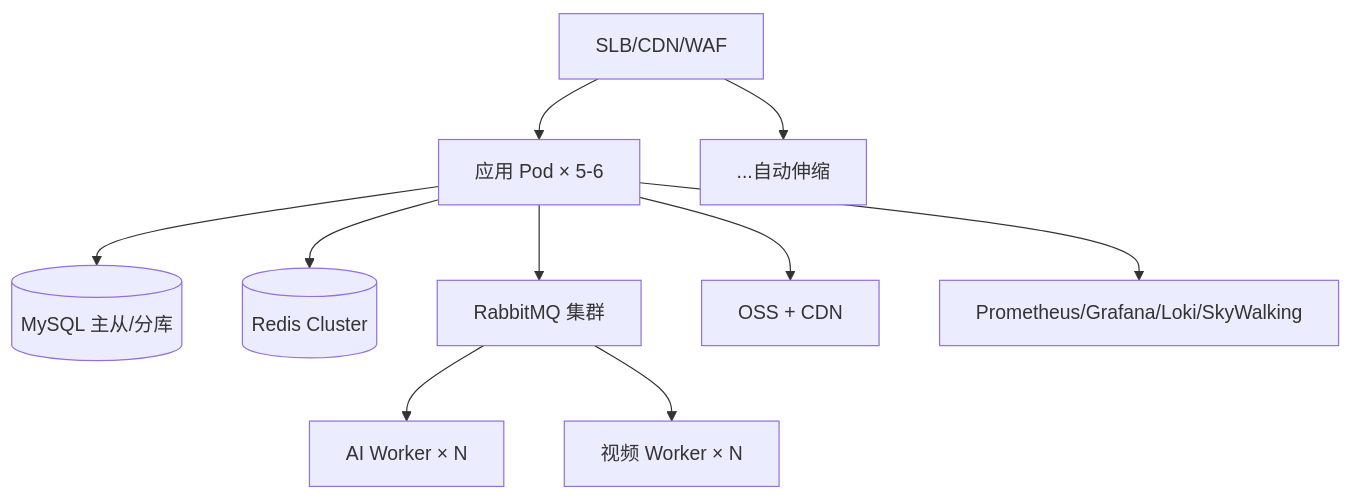
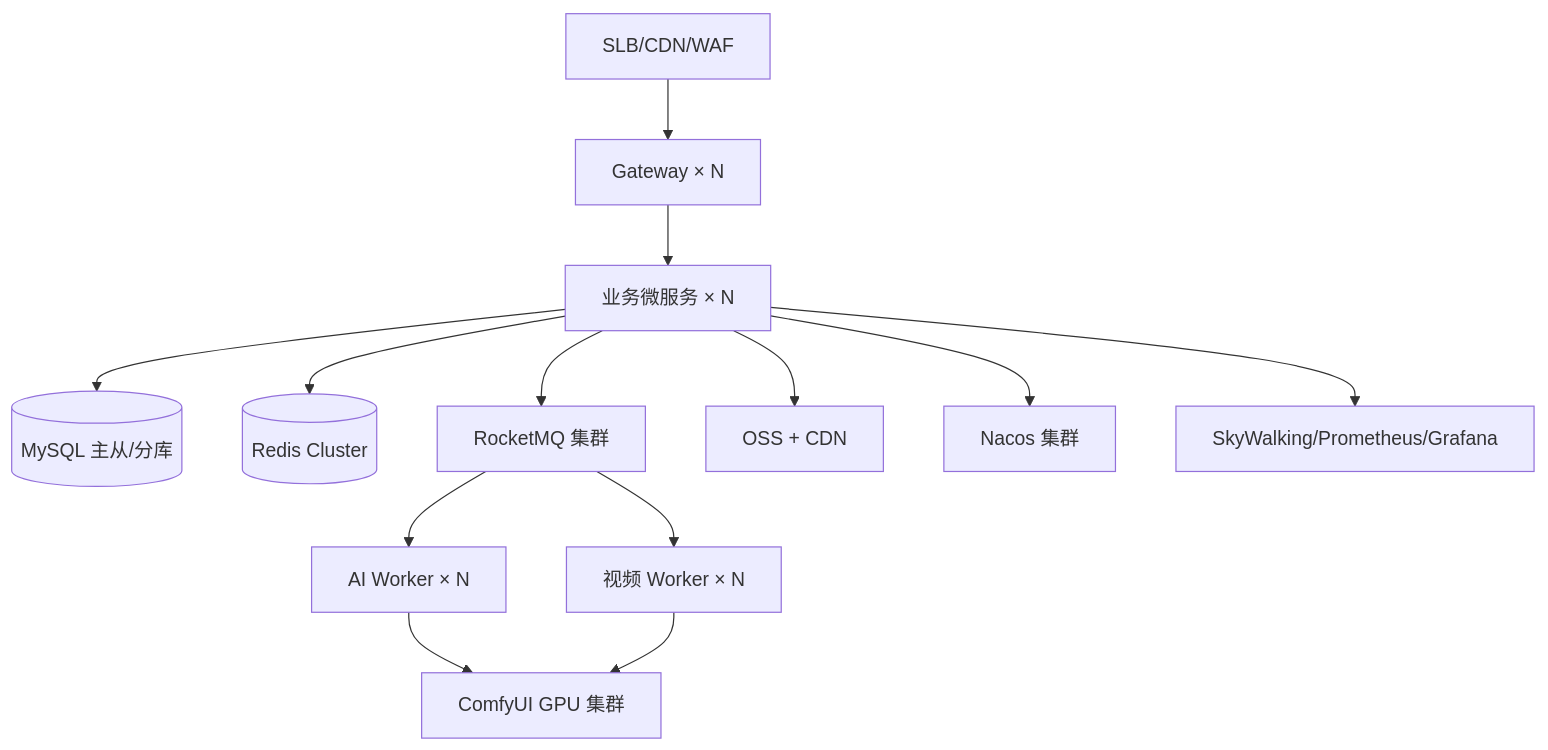
Before and after one commit to ganfengbao/reelmanga-prototype: the second of 2 diagrams in 开发架构文档.md, drawn with Mermaid. The commit also changed other lines of this file and 1 other file, not shown here.

````diff
--- a/开发架构文档.md
+++ b/开发架构文档.md
@@ -512,12 +409,14 @@
 ```mermaid
 flowchart TD
-  L[SLB/CDN/WAF] --> A1[应用 Pod × 5-6]
-  L --> A2[...自动伸缩]
-  A1 --> DB[(MySQL 主从/分库)]
-  A1 --> R[(Redis Cluster)]
-  A1 --> MQ[RabbitMQ 集群]
+  L[SLB/CDN/WAF] --> G[Gateway × N]
+  G --> S1[业务微服务 × N]
+  S1 --> DB[(MySQL 主从/分库)]
+  S1 --> R[(Redis Cluster)]
+  S1 --> MQ[RocketMQ 集群]
   MQ --> W1[AI Worker × N]
   MQ --> W2[视频 Worker × N]
-  A1 --> O[OSS + CDN]
-  A1 --> OB[Prometheus/Grafana/Loki/SkyWalking]
+  S1 --> O[OSS + CDN]
+  W1 & W2 --> CFX[ComfyUI GPU 集群]
+  S1 --> N[Nacos 集群]
+  S1 --> OB[SkyWalking/Prometheus/Grafana]
 ```
````
